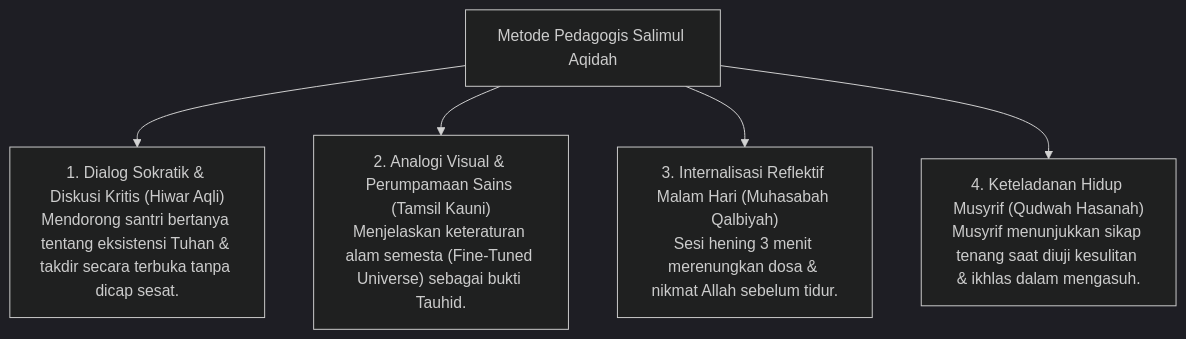
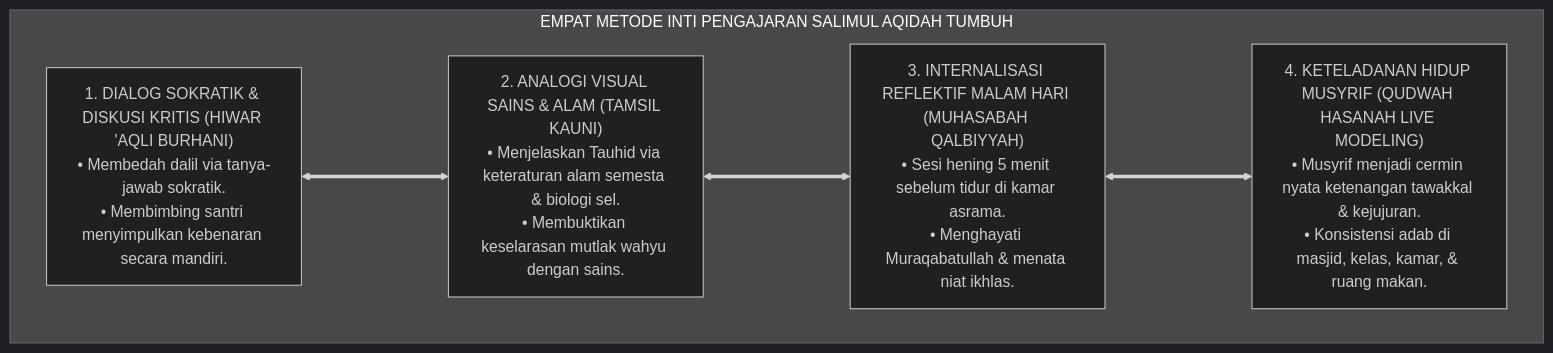
One commit to wandiapriliyandi/tumbuh changed the fifth of 8 diagrams in 03 Capacity Framework/04 Salimul Aqidah/P3-04-12-Metode-Pedagogi-dan-Didaktik-Aqidah.md. Above: the diagram before and after it, drawn with Mermaid (dark theme). The commit also changed other lines of this file and 7 other files, not shown here.

Commit message:
feat(capacity-framework): complete 14 research monographs and master synthesis for Domain 04 Salimul Aqidah (Status A+)

````diff
--- a/03 Capacity Framework/04 Salimul Aqidah/P3-04-12-Metode-Pedagogi-dan-Didaktik-Aqidah.md
+++ b/03 Capacity Framework/04 Salimul Aqidah/P3-04-12-Metode-Pedagogi-dan-Didaktik-Aqidah.md
@@ -10,9 +169,15 @@
 ```mermaid
-graph TD
-    Metode["Metode Pedagogis Salimul Aqidah"]
-    
-    Metode --> M1["1. Dialog Sokratik & Diskusi Kritis (Hiwar Aqli)<br/>Mendorong santri bertanya tentang eksistensi Tuhan & takdir secara terbuka tanpa dicap sesat."]
-    Metode --> M2["2. Analogi Visual & Perumpamaan Sains (Tamsil Kauni)<br/>Menjelaskan keteraturan alam semesta (Fine-Tuned Universe) sebagai bukti Tauhid."]
-    Metode --> M3["3. Internalisasi Reflektif Malam Hari (Muhasabah Qalbiyah)<br/>Sesi hening 3 menit merenungkan dosa & nikmat Allah sebelum tidur."]
-    Metode --> M4["4. Keteladanan Hidup Musyrif (Qudwah Hasanah)<br/>Musyrif menunjukkan sikap tenang saat diuji kesulitan & ikhlas dalam mengasuh."]
+flowchart TD
+    subgraph EmpatMetodeIntiPedagogi["EMPAT METODE INTI PENGAJARAN SALIMUL AQIDAH TUMBUH"]
+        
+        M1["1. DIALOG SOKRATIK & DISKUSI KRITIS (HIWAR 'AQLI BURHANI)<br/>• Membedah dalil via tanya-jawab sokratik.<br/>• Membimbing santri menyimpulkan kebenaran secara mandiri."]
+        
+        M2["2. ANALOGI VISUAL SAINS & ALAM (TAMSIL KAUNI)<br/>• Menjelaskan Tauhid via keteraturan alam semesta & biologi sel.<br/>• Membuktikan keselarasan mutlak wahyu dengan sains."]
+        
+        M3["3. INTERNALISASI REFLEKTIF MALAM HARI (MUHASABAH QALBIYYAH)<br/>• Sesi hening 5 menit sebelum tidur di kamar asrama.<br/>• Menghayati Muraqabatullah & menata niat ikhlas."]
+        
+        M4["4. KETELADANAN HIDUP MUSYRIF (QUDWAH HASANAH LIVE MODELING)<br/>• Musyrif menjadi cermin nyata ketenangan tawakkal & kejujuran.<br/>• Konsistensi adab di masjid, kelas, kamar, & ruang makan."]
+        
+        M1 <===> M2 <===> M3 <===> M4
+    end
 ```
````
